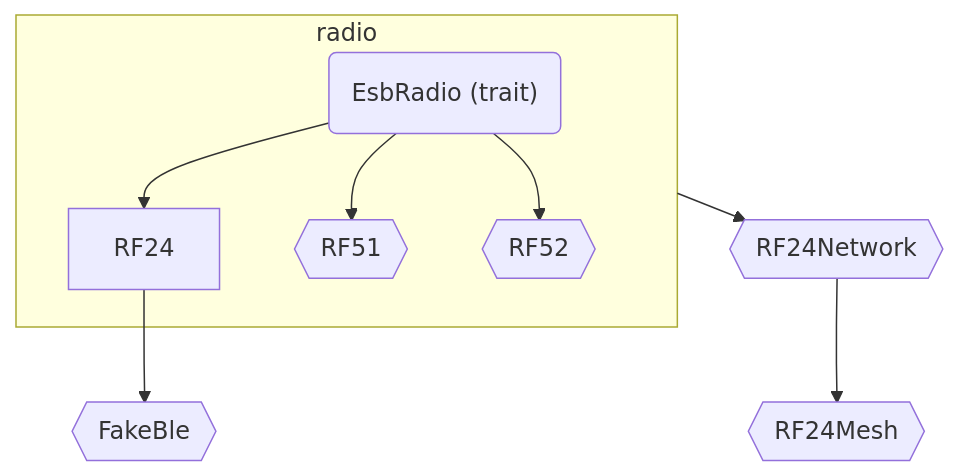
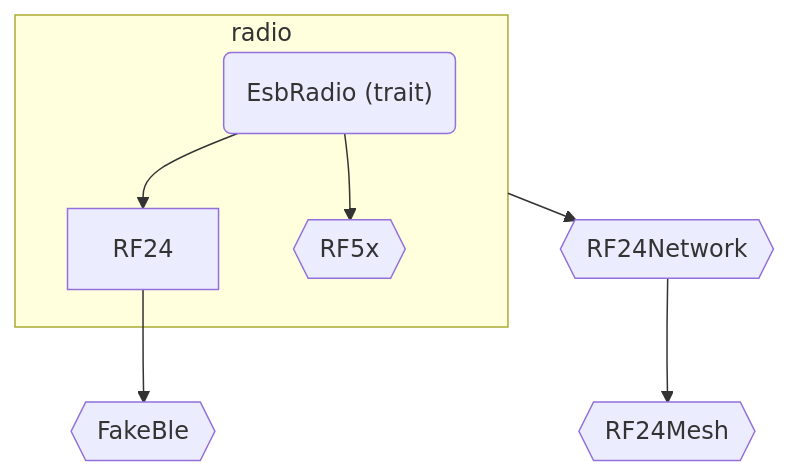
One commit to nRF24/rf24-rs changed the diagram in docs/src/api-diff.md. Above: the diagram before and after it, drawn with Mermaid. The commit also changed other lines of this file and 19 other files, not shown here.

````diff
--- a/docs/src/api-diff.md
+++ b/docs/src/api-diff.md
@@ -71,12 +73,11 @@
 ```mermaid
 flowchart TD
     subgraph radio
     esb("EsbRadio (trait)") --> RF24
-    esb --> nrf51{{RF51}}
-    esb --> nrf52{{RF52}}
+    esb --> nrf5x{{RF5x}}
     end
 
     RF24 --> ble{{FakeBle}}
     radio --> net{{RF24Network}}
     net --> mesh{{RF24Mesh}}
 ```
````
